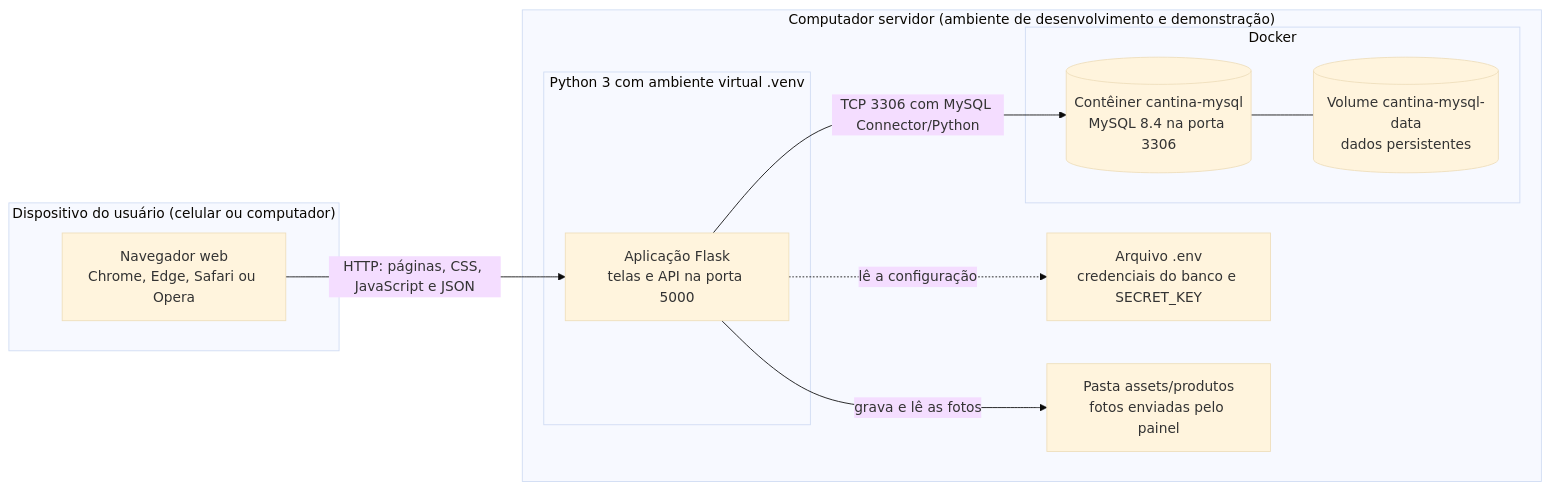
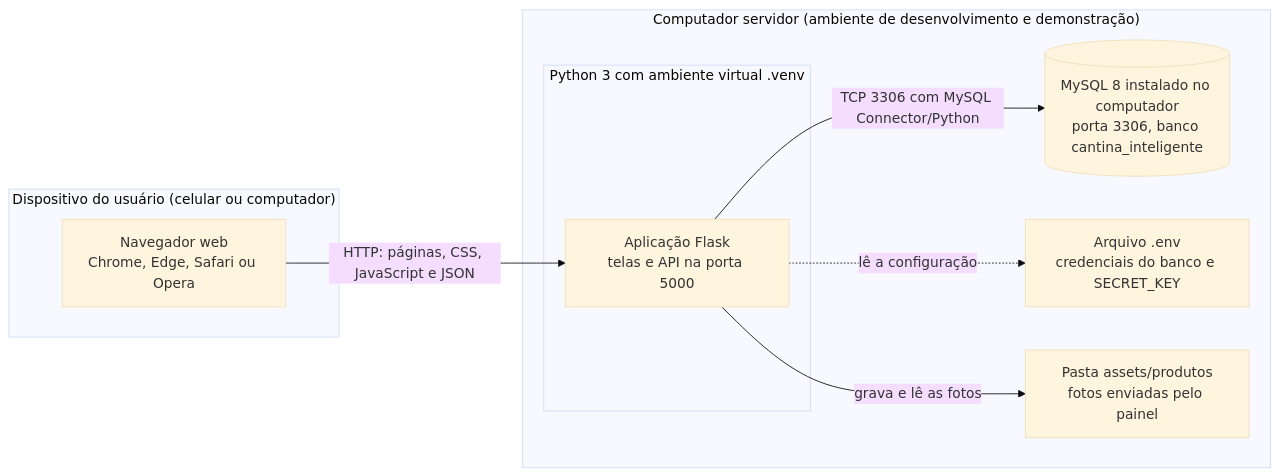
The diagram in docs/diagramas/implantacao.mmd (senai-AEx/cantinaInteligente), drawn with Mermaid (base theme) before and after one commit. The commit also changed 11 other files, not shown here.

```diff
--- a/docs/diagramas/implantacao.mmd
+++ b/docs/diagramas/implantacao.mmd
@@ -1,22 +1,18 @@
 flowchart LR
     subgraph dispositivo["Dispositivo do usuário (celular ou computador)"]
         navegador["Navegador web<br/>Chrome, Edge, Safari ou Opera"]
     end
 
     subgraph maquina["Computador servidor (ambiente de desenvolvimento e demonstração)"]
         subgraph python["Python 3 com ambiente virtual .venv"]
             flask["Aplicação Flask<br/>telas e API na porta 5000"]
         end
-        subgraph docker["Docker"]
-            mysql[("Contêiner cantina-mysql<br/>MySQL 8.4 na porta 3306")]
-            volume[("Volume cantina-mysql-data<br/>dados persistentes")]
-        end
+        mysql[("MySQL 8 instalado no computador<br/>porta 3306, banco cantina_inteligente")]
         env["Arquivo .env<br/>credenciais do banco e SECRET_KEY"]
         fotos["Pasta assets/produtos<br/>fotos enviadas pelo painel"]
     end
 
     navegador -->|"HTTP: páginas, CSS, JavaScript e JSON"| flask
     flask -->|"TCP 3306 com MySQL Connector/Python"| mysql
-    mysql --- volume
     flask -.->|"lê a configuração"| env
     flask -->|"grava e lê as fotos"| fotos
```
